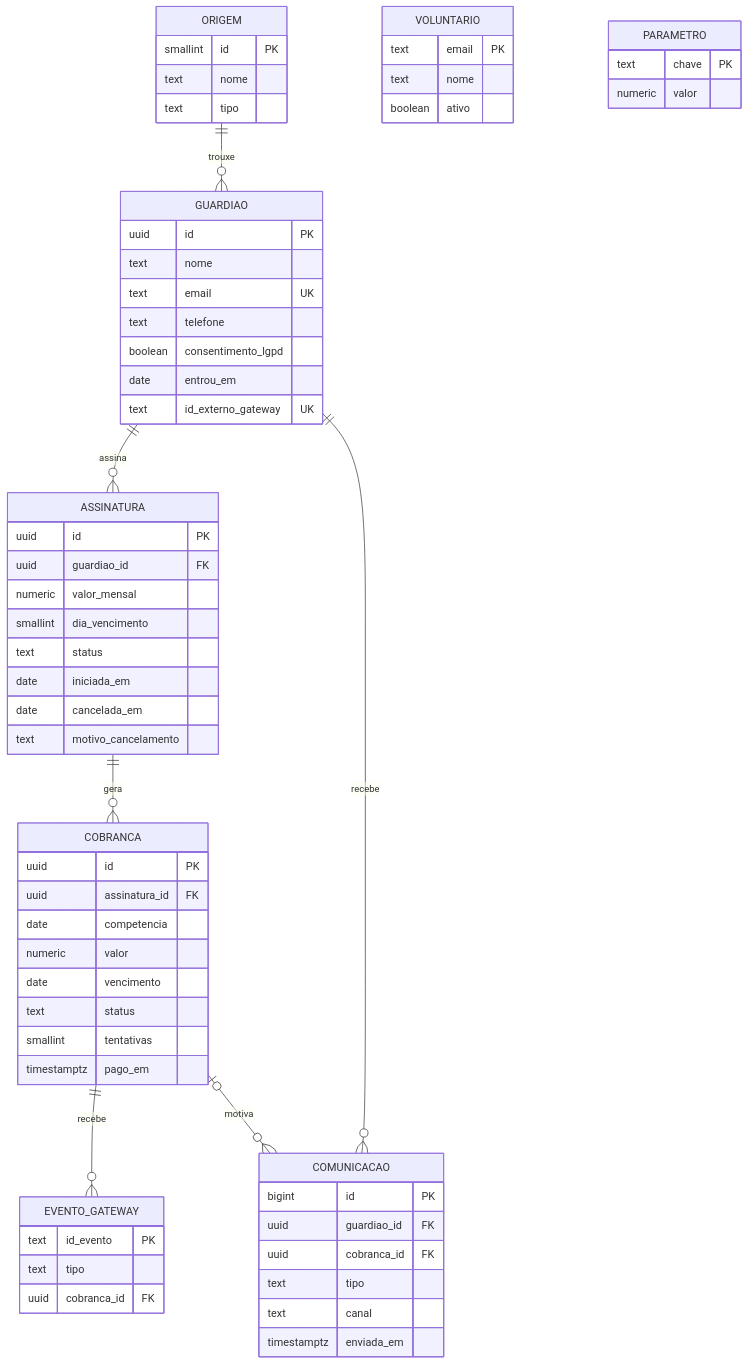
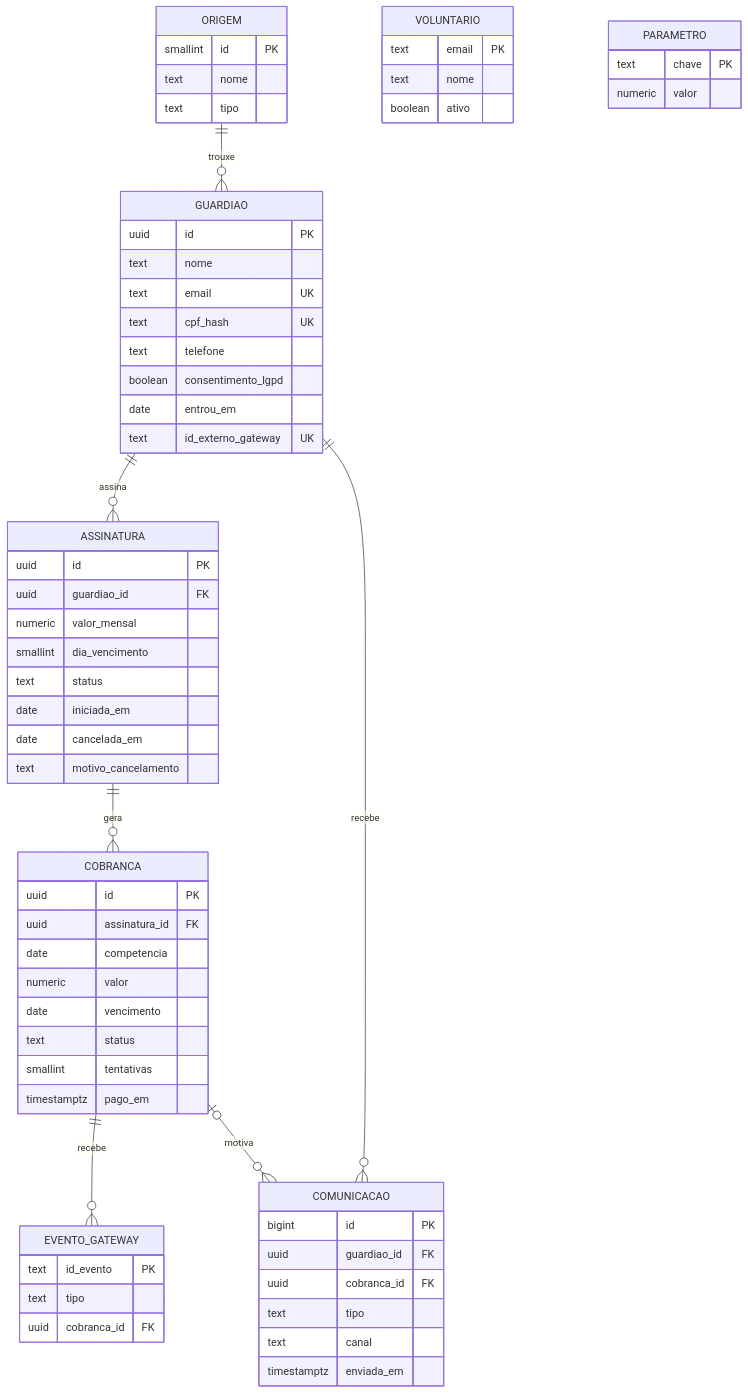
The diagram in docs/modelo_de_dados.md (steniosouza97-svg/clube-guardioes-mvp), drawn with Mermaid before and after one commit. The commit also changed other lines of this file and 29 other files, not shown here.

````diff
--- a/docs/modelo_de_dados.md
+++ b/docs/modelo_de_dados.md
@@ -13,49 +13,50 @@
 ```mermaid
 erDiagram
     ORIGEM ||--o{ GUARDIAO : "trouxe"
     GUARDIAO ||--o{ ASSINATURA : "assina"
     ASSINATURA ||--o{ COBRANCA : "gera"
     COBRANCA ||--o{ EVENTO_GATEWAY : "recebe"
     GUARDIAO ||--o{ COMUNICACAO : "recebe"
     COBRANCA |o--o{ COMUNICACAO : "motiva"
     ORIGEM { smallint id PK
              text nome
              text tipo }
     GUARDIAO { uuid id PK
                text nome
                text email UK
+               text cpf_hash UK
                text telefone
                boolean consentimento_lgpd
                date entrou_em
                text id_externo_gateway UK }
     ASSINATURA { uuid id PK
                  uuid guardiao_id FK
                  numeric valor_mensal
                  smallint dia_vencimento
                  text status
                  date iniciada_em
                  date cancelada_em
                  text motivo_cancelamento }
     COBRANCA { uuid id PK
                uuid assinatura_id FK
                date competencia
                numeric valor
                date vencimento
                text status
                smallint tentativas
                timestamptz pago_em }
     COMUNICACAO { bigint id PK
                   uuid guardiao_id FK
                   uuid cobranca_id FK
                   text tipo
                   text canal
                   timestamptz enviada_em }
     EVENTO_GATEWAY { text id_evento PK
                      text tipo
                      uuid cobranca_id FK }
     VOLUNTARIO { text email PK
                  text nome
                  boolean ativo }
     PARAMETRO { text chave PK
                 numeric valor }
 ```
````
